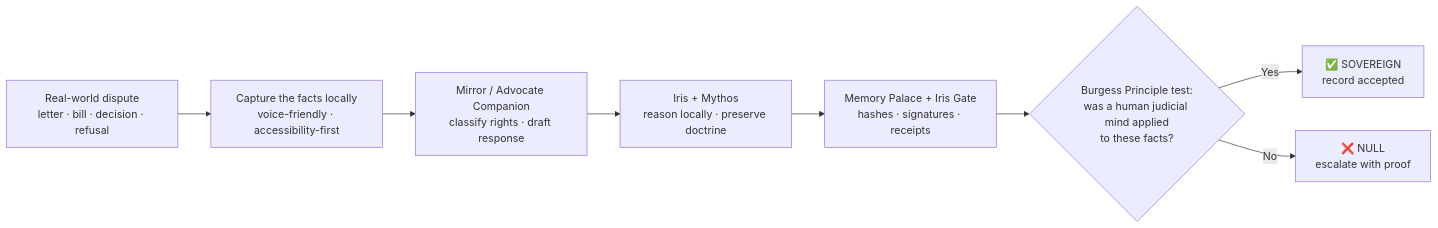
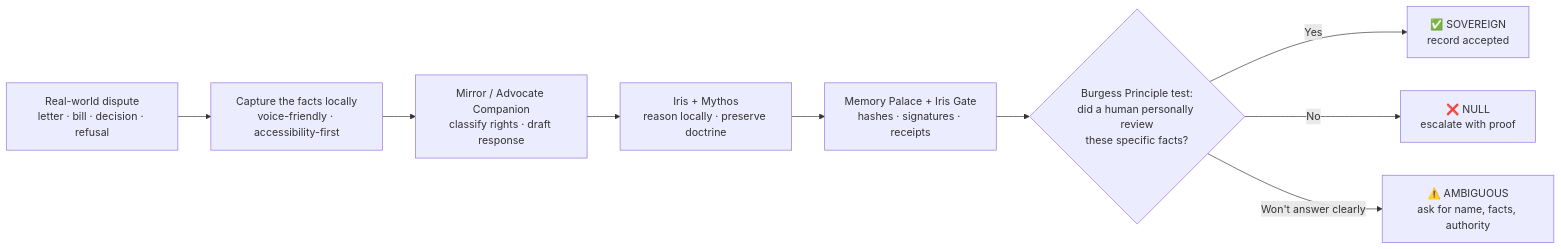
One commit to ljbudgie/Ljbudgie changed the diagram in README.md. Above: the diagram before and after it, drawn with Mermaid. The commit also changed other lines of this file, not shown here.

First line of the commit message:
Refresh Burgess Principle README ecosystem status

````diff
--- a/README.md
+++ b/README.md
@@ -92,10 +93,11 @@
 ```mermaid
 flowchart LR
     A[Real-world dispute<br/>letter · bill · decision · refusal] --> B[Capture the facts locally<br/>voice-friendly · accessibility-first]
     B --> C[Mirror / Advocate Companion<br/>classify rights · draft response]
     C --> D[Iris + Mythos<br/>reason locally · preserve doctrine]
     D --> E[Memory Palace + Iris Gate<br/>hashes · signatures · receipts]
-    E --> F{Burgess Principle test:<br/>was a human judicial mind applied<br/>to these facts?}
+    E --> F{Burgess Principle test:<br/>did a human personally review<br/>these specific facts?}
     F -->|Yes| G[✅ SOVEREIGN<br/>record accepted]
     F -->|No| H[❌ NULL<br/>escalate with proof]
+    F -->|Won't answer clearly| I[⚠️ AMBIGUOUS<br/>ask for name, facts, authority]
 ```
````
